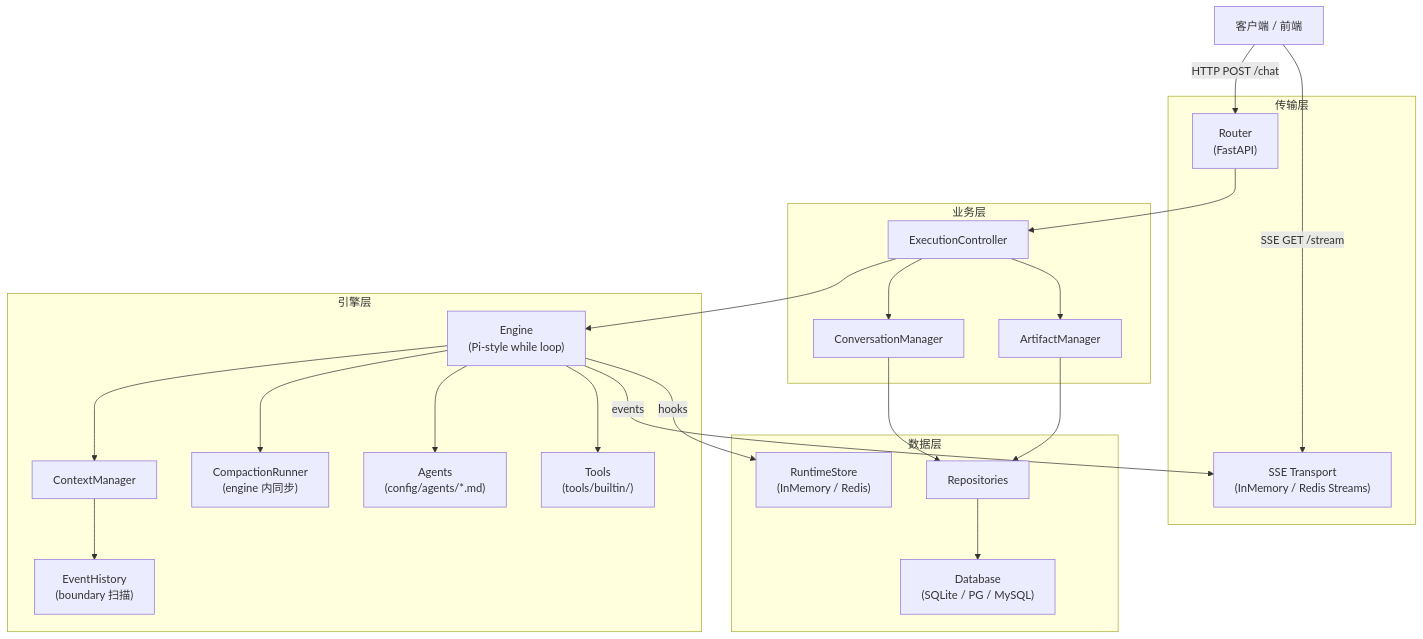
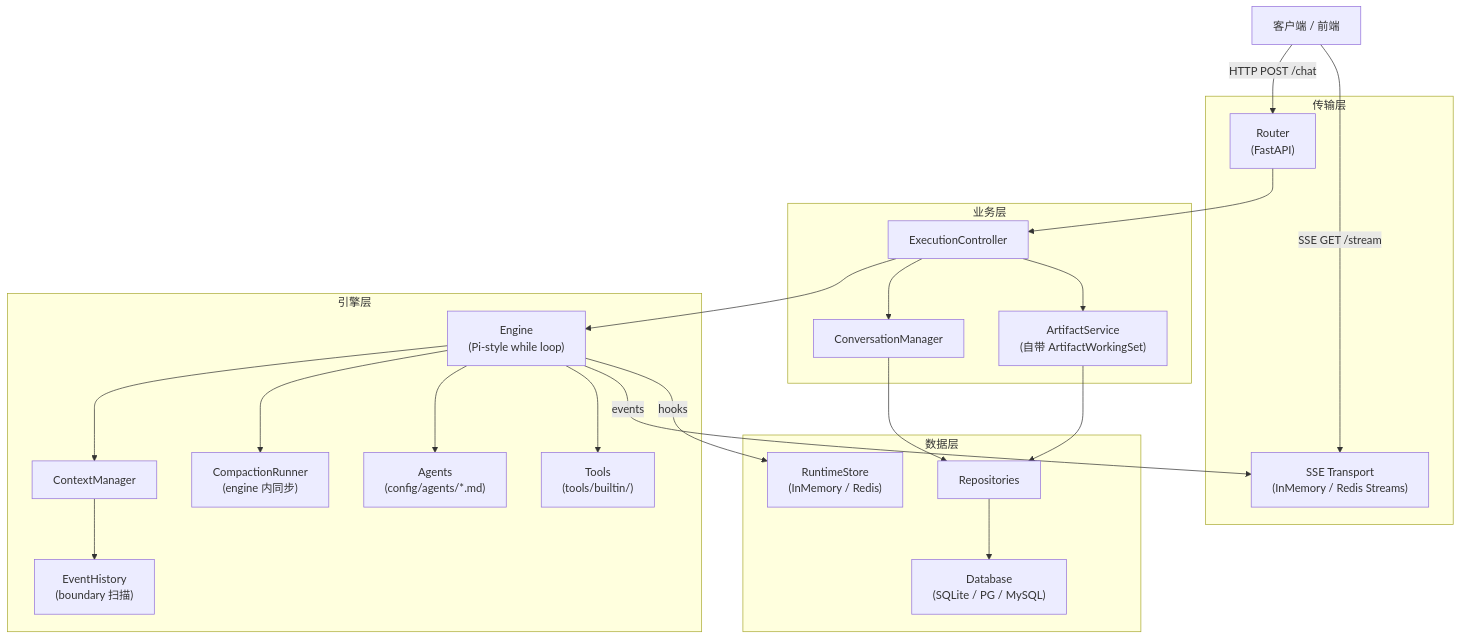
One commit to Neutrino1998/artifact-flow changed the first of 4 diagrams in docs/architecture/overview.md. Above: the diagram before and after it, drawn with Mermaid. The commit also changed other lines of this file and 10 other files, not shown here.

````diff
--- a/docs/architecture/overview.md
+++ b/docs/architecture/overview.md
@@ -7,47 +7,47 @@
 ```mermaid
 graph TB
     Client[客户端 / 前端]
 
     subgraph Transport["传输层"]
         Router["Router<br/>(FastAPI)"]
         SSE["SSE Transport<br/>(InMemory / Redis Streams)"]
     end
 
     subgraph Business["业务层"]
         Controller["ExecutionController"]
         ConvManager["ConversationManager"]
-        ArtifactManager["ArtifactManager"]
+        ArtifactService["ArtifactService<br/>(自带 ArtifactWorkingSet)"]
     end
 
     subgraph Core["引擎层"]
         Engine["Engine<br/>(Pi-style while loop)"]
         ContextManager["ContextManager"]
         EventHistory["EventHistory<br/>(boundary 扫描)"]
         CompactionRunner["CompactionRunner<br/>(engine 内同步)"]
         Agents["Agents<br/>(config/agents/*.md)"]
         Tools["Tools<br/>(tools/builtin/)"]
     end
 
     subgraph Data["数据层"]
         Repo["Repositories"]
         DB["Database<br/>(SQLite / PG / MySQL)"]
         RuntimeStore["RuntimeStore<br/>(InMemory / Redis)"]
     end
 
     Client -->|HTTP POST /chat| Router
     Client -->|SSE GET /stream| SSE
     Router --> Controller
     Controller --> Engine
     Controller --> ConvManager
-    Controller --> ArtifactManager
+    Controller --> ArtifactService
     Engine --> ContextManager
     ContextManager --> EventHistory
     Engine --> CompactionRunner
     Engine --> Agents
     Engine --> Tools
     Engine -->|events| SSE
     ConvManager --> Repo
-    ArtifactManager --> Repo
+    ArtifactService --> Repo
     Repo --> DB
     Engine -->|hooks| RuntimeStore
 ```
````
